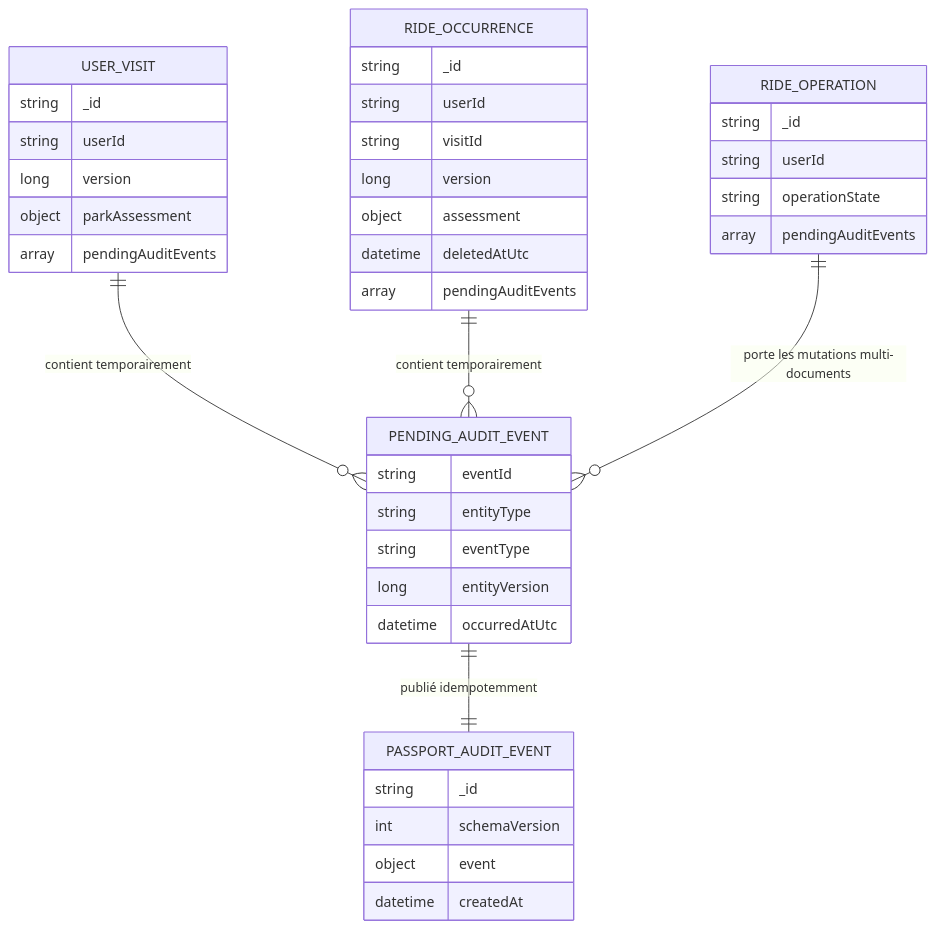
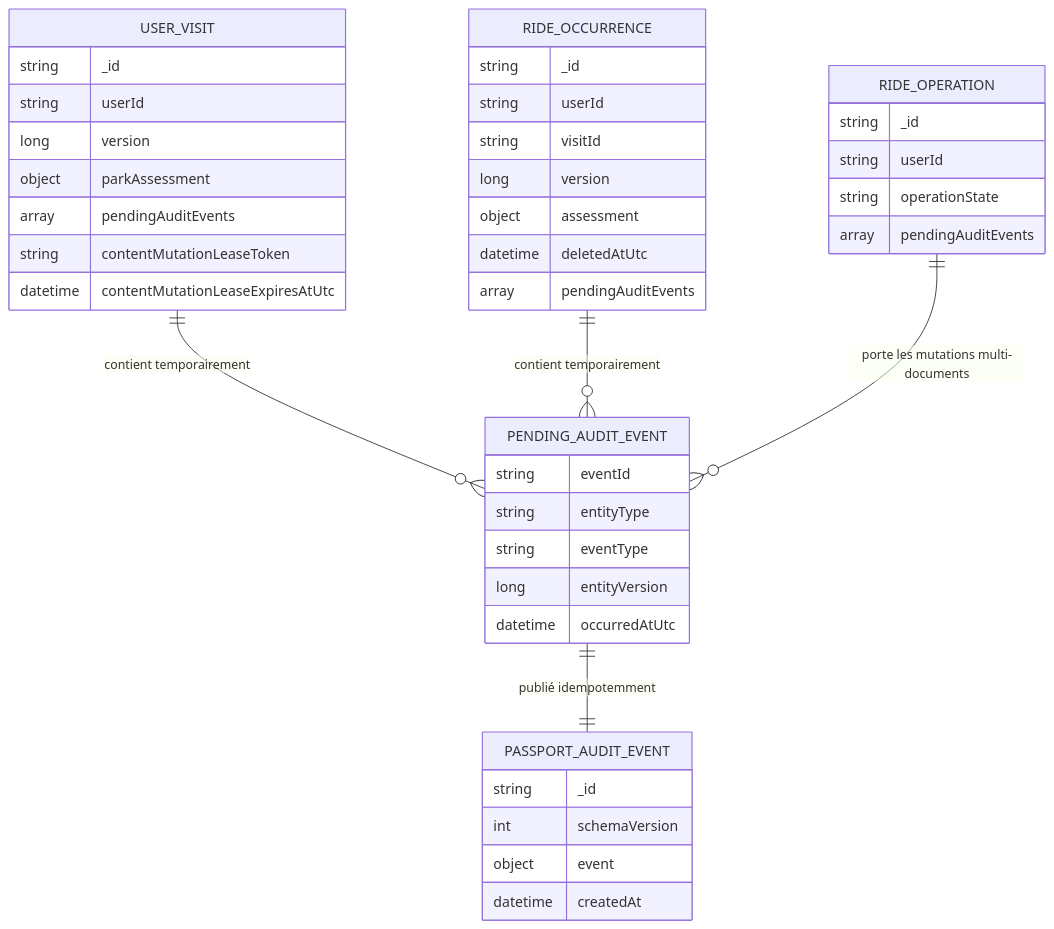
Before and after one commit to Ced59/AmusementParkProject: the second of 5 diagrams in docs/architecture/product-growth-pass-11-passport-audit-2026-09-03.md, drawn with Mermaid. The commit also changed other lines of this file and 19 other files, not shown here.

````diff
--- a/docs/architecture/product-growth-pass-11-passport-audit-2026-09-03.md
+++ b/docs/architecture/product-growth-pass-11-passport-audit-2026-09-03.md
@@ -50,43 +54,45 @@
 ```mermaid
 erDiagram
     USER_VISIT ||--o{ PENDING_AUDIT_EVENT : "contient temporairement"
     RIDE_OCCURRENCE ||--o{ PENDING_AUDIT_EVENT : "contient temporairement"
     RIDE_OPERATION ||--o{ PENDING_AUDIT_EVENT : "porte les mutations multi-documents"
     PENDING_AUDIT_EVENT ||--|| PASSPORT_AUDIT_EVENT : "publié idempotemment"
 
     USER_VISIT {
       string _id
       string userId
       long version
       object parkAssessment
       array pendingAuditEvents
+      string contentMutationLeaseToken
+      datetime contentMutationLeaseExpiresAtUtc
     }
     RIDE_OCCURRENCE {
       string _id
       string userId
       string visitId
       long version
       object assessment
       datetime deletedAtUtc
       array pendingAuditEvents
     }
     RIDE_OPERATION {
       string _id
       string userId
       string operationState
       array pendingAuditEvents
     }
     PENDING_AUDIT_EVENT {
       string eventId
       string entityType
       string eventType
       long entityVersion
       datetime occurredAtUtc
     }
     PASSPORT_AUDIT_EVENT {
       string _id
       int schemaVersion
       object event
       datetime createdAt
     }
 ```
````
